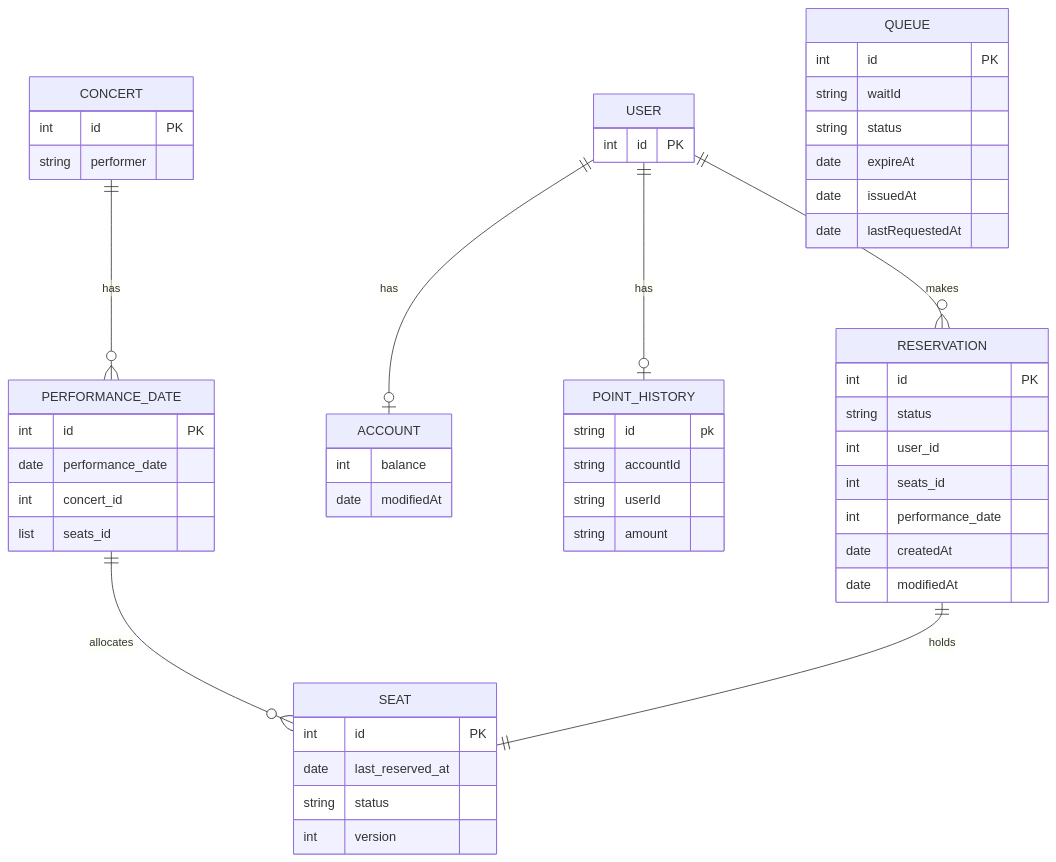
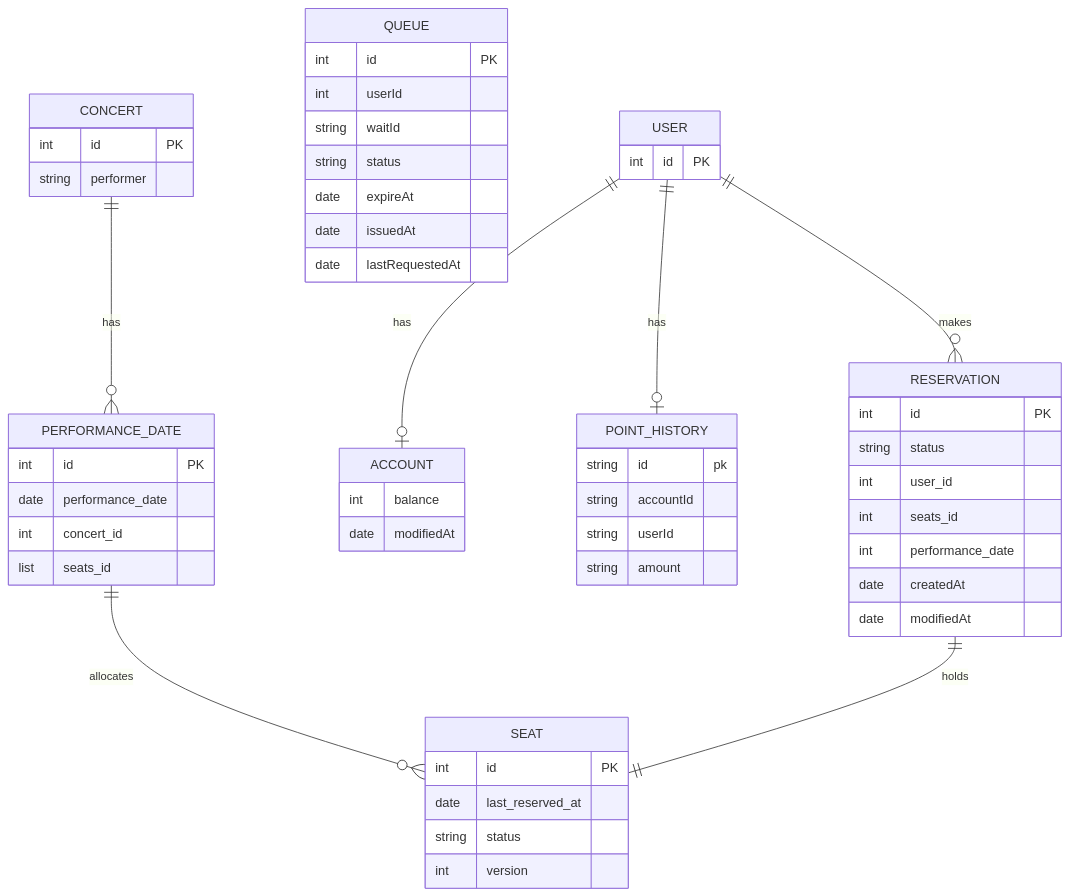
One commit to hpp-backend-15/java-concert-joonhyeokyang changed the diagram in docs/markdown/3.ER 다이어그램.md. Above: the diagram before and after it, drawn with Mermaid.

Commit message:
doc: ER 업데이트

````diff
--- a/docs/markdown/3.ER 다이어그램.md
+++ b/docs/markdown/3.ER 다이어그램.md
@@ -3,64 +3,66 @@
 ```mermaid
 erDiagram
     CONCERT {
         int id PK
         string performer
+    }
+
+    QUEUE{
+        int id PK
+        int userId
+        string waitId
+        string status
+        date expireAt
+        date issuedAt
+        date lastRequestedAt
     }
 
     PERFORMANCE_DATE {
         int id PK
         date performance_date
         int concert_id
         list seats_id
     }
 
     SEAT {
         int id PK
         date last_reserved_at
         string status
         int version
     }
 
     USER {
         int id PK
     }
     
     ACCOUNT{
         int balance
         date modifiedAt
     }
-    
-    QUEUE{
-        int id PK
-        string waitId
-        string status
-        date expireAt
-        date issuedAt
-        date lastRequestedAt
-    }
+
     
     
     POINT_HISTORY{
         string id pk
         string accountId
         string userId
         string amount
     }
 
     RESERVATION {
         int id PK
         string status
         int user_id
         int seats_id
         int performance_date
         date createdAt
         date modifiedAt
     }
 
     CONCERT ||--o{ PERFORMANCE_DATE: "has"
     PERFORMANCE_DATE ||--o{ SEAT: "allocates"
     USER ||--o{ RESERVATION: "makes"
     USER ||--o| ACCOUNT: "has"
     USER ||--o| POINT_HISTORY: "has"
     RESERVATION ||--|| SEAT: "holds"
 ```
````
